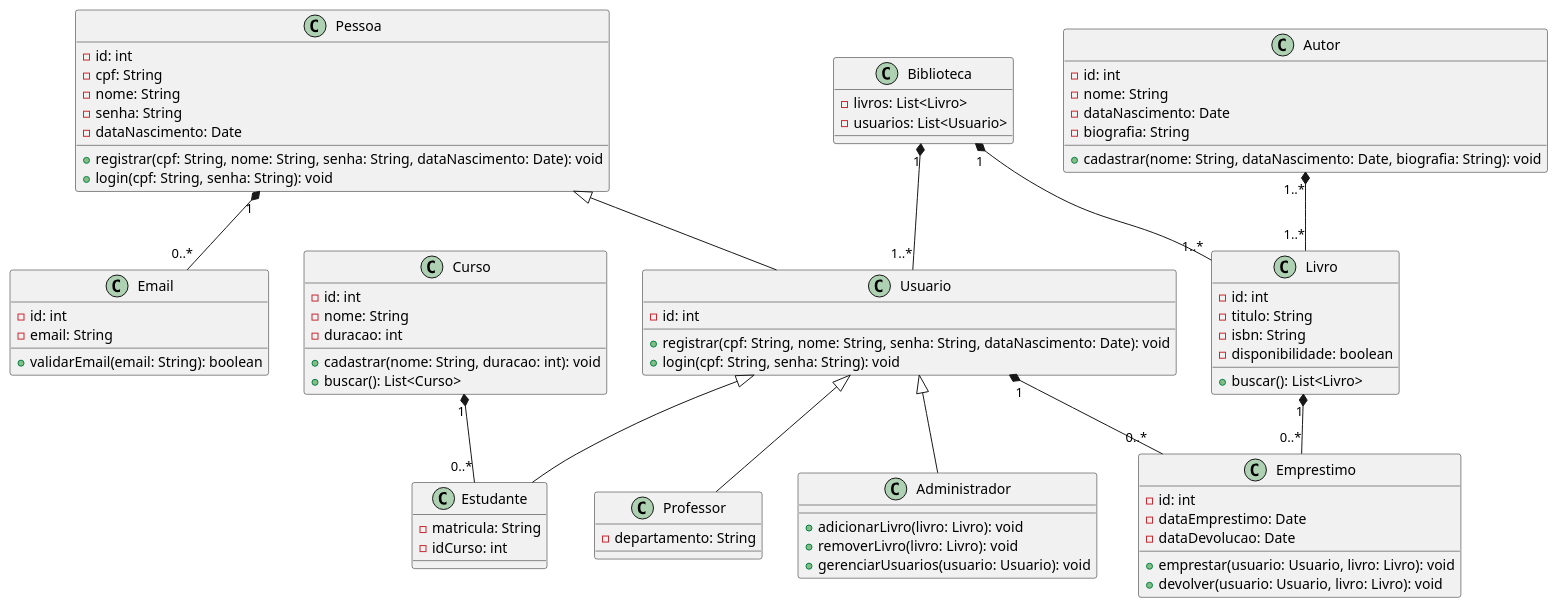
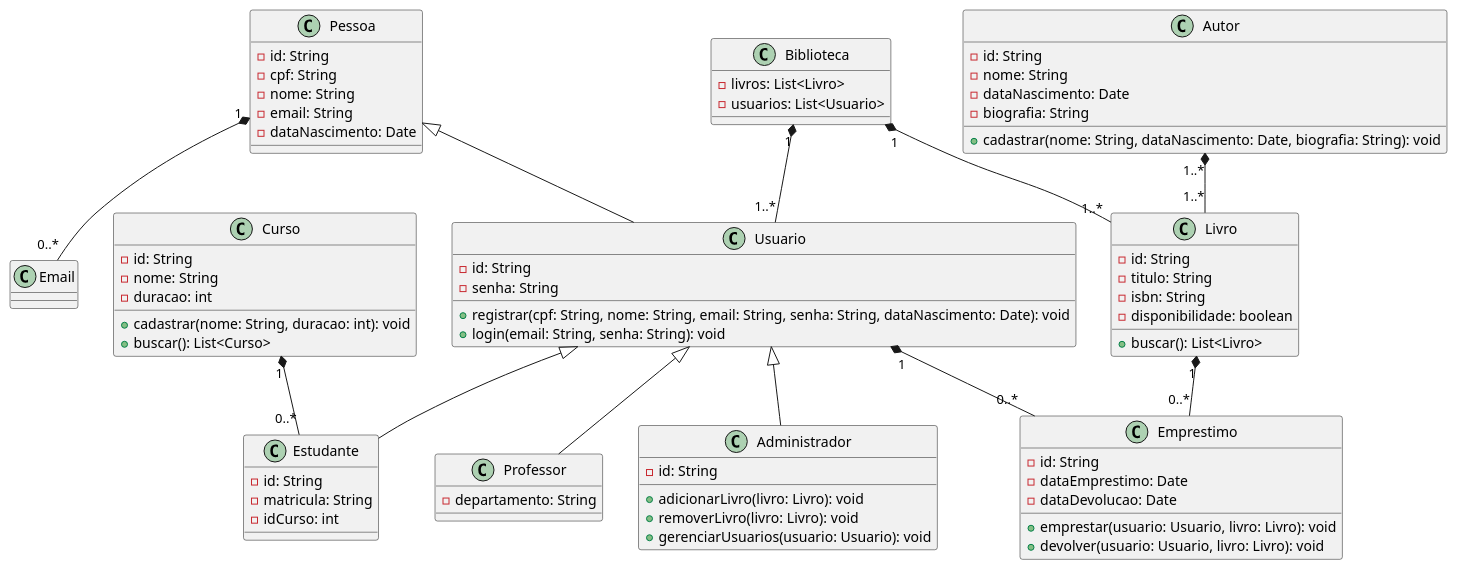
Before and after one commit to JuniorSlongo/biblioteca-poo2: the diagram in biblioteca/docs/cd.wsd, drawn with PlantUML.

Commit message:
docs: Update Pessoa class to include email field

```diff
--- a/biblioteca/docs/cd.wsd
+++ b/biblioteca/docs/cd.wsd
@@ -1,89 +1,84 @@
 @startuml Biblioteca
 
-class Email {
-  - id: int
-  - email: String
-  + validarEmail(email: String): boolean
-}
-
 class Pessoa {
-  - id: int
+  - id: String
   - cpf: String
   - nome: String
-  - senha: String
+  - email: String
   - dataNascimento: Date
-  + registrar(cpf: String, nome: String, senha: String, dataNascimento: Date): void
-  + login(cpf: String, senha: String): void
 }
 
 class Usuario extends Pessoa {
-  - id: int
-  + registrar(cpf: String, nome: String, senha: String, dataNascimento: Date): void
-  + login(cpf: String, senha: String): void
+  - id: String
+  - senha: String
+  + registrar(cpf: String, nome: String, email: String, senha: String, dataNascimento: Date): void
+  + login(email: String, senha: String): void
 }
 
 class Curso {
-  - id: int
+  - id: String
   - nome: String
   - duracao: int
   + cadastrar(nome: String, duracao: int): void
   + buscar(): List<Curso>
 }
 
 class Estudante extends Usuario {
+  - id: String
   - matricula: String
   - idCurso: int
 }
 
 class Professor extends Usuario {
   - departamento: String
 }
 
 class Autor {
-  - id: int
+  - id: String
   - nome: String
   - dataNascimento: Date
   - biografia: String
   + cadastrar(nome: String, dataNascimento: Date, biografia: String): void
 }
 
 class Livro {
-  - id: int
+  - id: String
   - titulo: String
   - isbn: String
   - disponibilidade: boolean
   + buscar(): List<Livro>
 }
 
 class Emprestimo {
-  - id: int
+  - id: String
   - dataEmprestimo: Date
   - dataDevolucao: Date
   + emprestar(usuario: Usuario, livro: Livro): void
   + devolver(usuario: Usuario, livro: Livro): void
 }
 
 class Administrador extends Usuario {
+  - id: String
   + adicionarLivro(livro: Livro): void
   + removerLivro(livro: Livro): void
   + gerenciarUsuarios(usuario: Usuario): void
 }
 
 class Biblioteca {
   - livros: List<Livro>
   - usuarios: List<Usuario>
 }
 
 Pessoa "1" *-- "0..*" Email
 
 Livro "1" *-- "0..*" Emprestimo
 Usuario "1" *-- "0..*" Emprestimo
 
 Biblioteca "1" *-- "1..*" Livro
 Biblioteca "1" *-- "1..*" Usuario
 
 Curso "1" *-- "0..*" Estudante
 
 Autor "1..*" *-- "1..*" Livro
 
 @enduml
```
